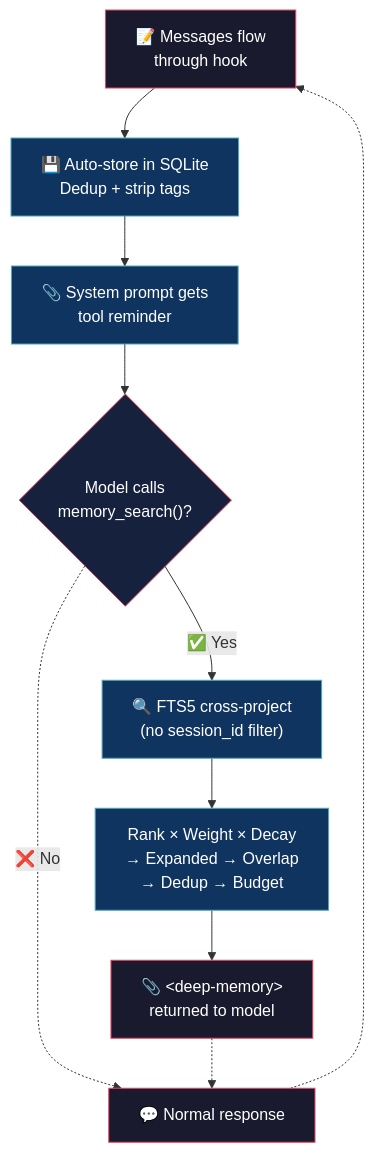
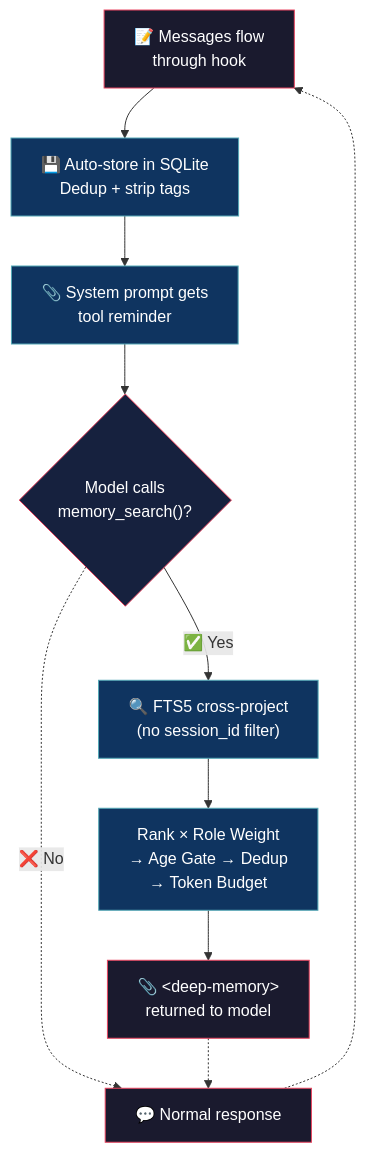
Before and after one commit to alejo54dev/opencode-deep-memory: the diagram in README.md, drawn with Mermaid. The commit also changed other lines of this file and 2 other files, not shown here.

````diff
--- a/README.md
+++ b/README.md
@@ -31,23 +31,23 @@
 ```mermaid
 flowchart TD
     A["📝 Messages flow<br/>through hook"]
     A --> B["💾 Auto-store in SQLite<br/>Dedup + strip tags"]
     B --> C["📎 System prompt gets<br/>tool reminder"]
 
     C --> D{"Model calls<br/>memory_search()?"}
     D -->|"✅ Yes"| E["🔍 FTS5 cross-project<br/>(no session_id filter)"]
-    E --> F["Rank × Weight × Decay<br/>→ Expanded → Overlap<br/>→ Dedup → Budget"]
+    E --> F["Rank × Role Weight<br/>→ Age Gate → Dedup<br/>→ Token Budget"]
     F --> G["📎 &lt;deep-memory&gt;<br/>returned to model"]
     D -.->|"❌ No"| H["💬 Normal response"]
     G -.-> H
     H -.-> A
 
     style A fill:#1a1a2e,stroke:#e94560,color:#fff
     style B fill:#0f3460,stroke:#53a8b6,color:#fff
     style C fill:#0f3460,stroke:#53a8b6,color:#fff
     style D fill:#16213e,stroke:#e94560,color:#fff
     style E fill:#0f3460,stroke:#53a8b6,color:#fff
     style F fill:#0f3460,stroke:#53a8b6,color:#fff
     style G fill:#1a1a2e,stroke:#e94560,color:#fff
     style H fill:#1a1a2e,stroke:#e94560,color:#fff
 ```
````
